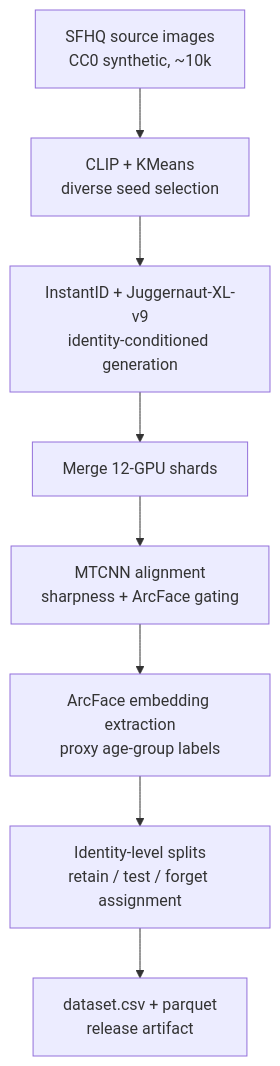
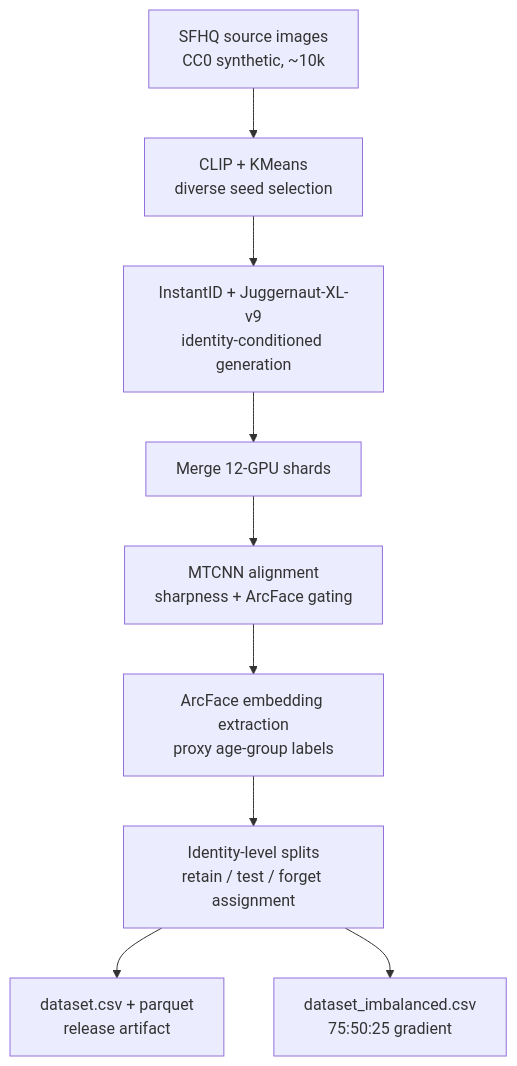
Before and after one commit to FaizPalwala/virtual-id-gen: the diagram in README.md, drawn with Mermaid. The commit also changed other lines of this file, not shown here.

First line of the commit message:
docs: pipeline diagram, phase breakdown, dataset summary updates

````diff
--- a/README.md
+++ b/README.md
@@ -52,10 +57,11 @@
 ```mermaid
 flowchart TD
     A[SFHQ source images<br/>CC0 synthetic, ~10k] --> B[CLIP + KMeans<br/>diverse seed selection]
     B --> C[InstantID + Juggernaut-XL-v9<br/>identity-conditioned generation]
     C --> D[Merge 12-GPU shards]
     D --> E[MTCNN alignment<br/>sharpness + ArcFace gating]
     E --> F[ArcFace embedding extraction<br/>proxy age-group labels]
     F --> G[Identity-level splits<br/>retain / test / forget assignment]
     G --> H[dataset.csv + parquet<br/>release artifact]
+    G --> I[dataset_imbalanced.csv<br/>75:50:25 gradient]
 ```
````
